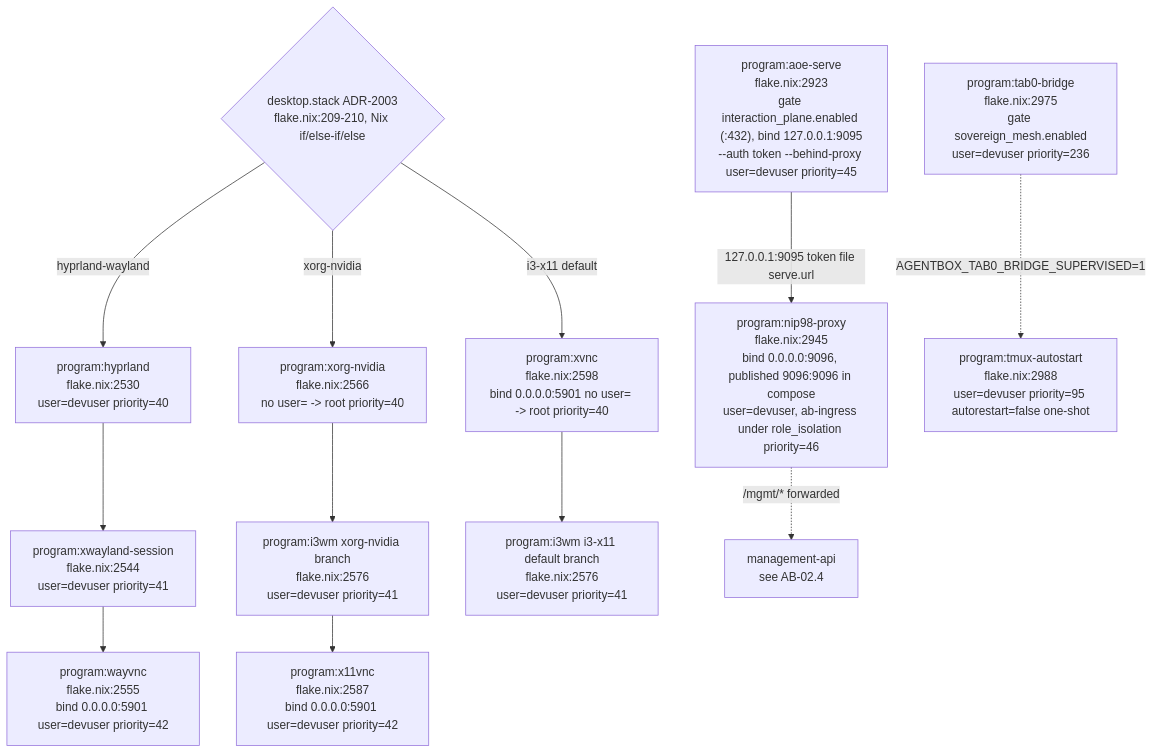
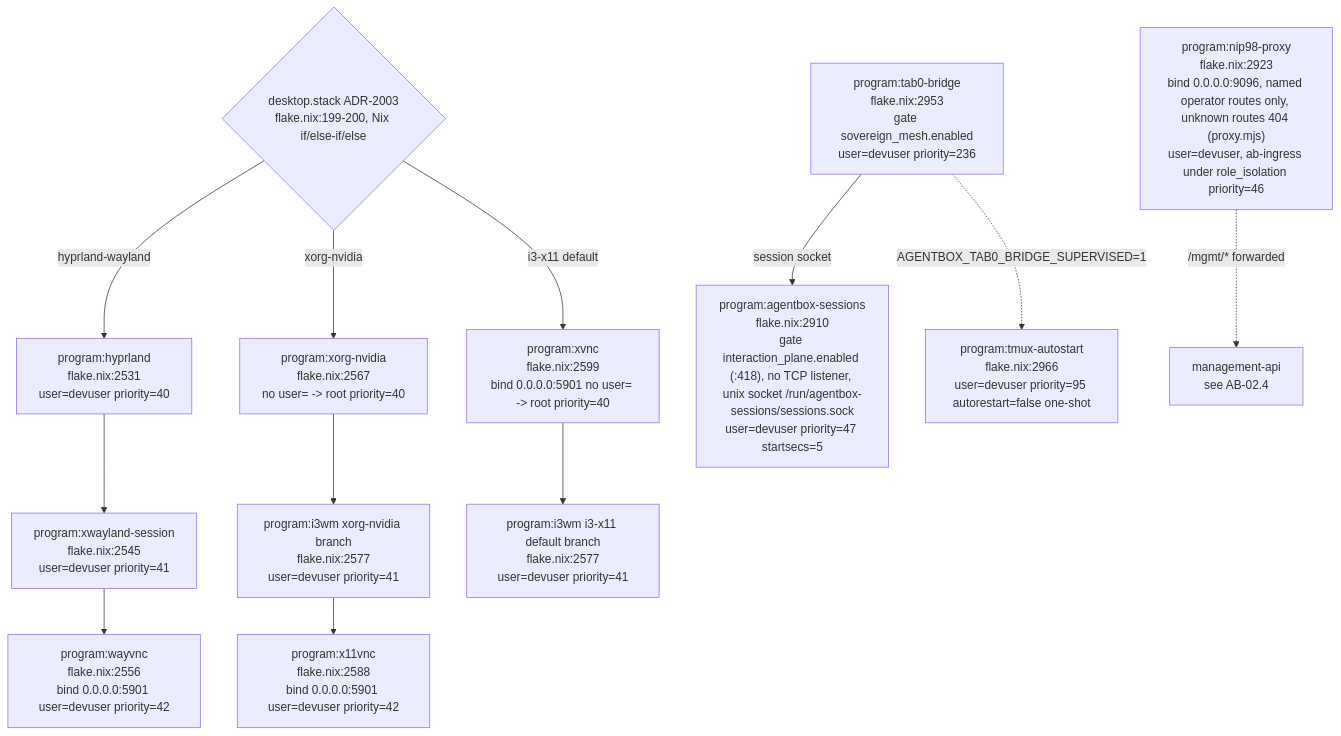
One commit to DreamLab-AI/VisionFlow changed the sixth of 21 diagrams in docs/diagrams/agentbox/02-boot-sequence-and-readiness.md. Above: the diagram before and after it, drawn with Mermaid. The commit also changed other lines of this file and 145 other files, not shown here.

````diff
--- a/docs/diagrams/agentbox/02-boot-sequence-and-readiness.md
+++ b/docs/diagrams/agentbox/02-boot-sequence-and-readiness.md
@@ -322,23 +336,23 @@
 ```mermaid
 flowchart TB
-    GATESTACK{"desktop.stack ADR-2003<br/>flake.nix:209-210, Nix if/else-if/else"}
-    HYPR["program:hyprland<br/>flake.nix:2530<br/>user=devuser priority=40"]
-    XWAY["program:xwayland-session<br/>flake.nix:2544<br/>user=devuser priority=41"]
-    WAYVNC["program:wayvnc<br/>flake.nix:2555<br/>bind 0.0.0.0:5901 user=devuser priority=42"]
-    XORG["program:xorg-nvidia<br/>flake.nix:2566<br/>no user= -&gt; root priority=40"]
-    I3A["program:i3wm xorg-nvidia branch<br/>flake.nix:2576<br/>user=devuser priority=41"]
-    X11VNC["program:x11vnc<br/>flake.nix:2587<br/>bind 0.0.0.0:5901 user=devuser priority=42"]
-    XVNC["program:xvnc<br/>flake.nix:2598<br/>bind 0.0.0.0:5901 no user= -&gt; root priority=40"]
-    I3B["program:i3wm i3-x11 default branch<br/>flake.nix:2576<br/>user=devuser priority=41"]
-    AOE["program:aoe-serve<br/>flake.nix:2923<br/>gate interaction_plane.enabled (:432), bind 127.0.0.1:9095<br/>--auth token --behind-proxy user=devuser priority=45"]
-    NIP98["program:nip98-proxy<br/>flake.nix:2945<br/>bind 0.0.0.0:9096, published 9096:9096 in compose<br/>user=devuser, ab-ingress under role_isolation priority=46"]
-    TAB0["program:tab0-bridge<br/>flake.nix:2975<br/>gate sovereign_mesh.enabled<br/>user=devuser priority=236"]
-    TMUX["program:tmux-autostart<br/>flake.nix:2988<br/>user=devuser priority=95 autorestart=false one-shot"]
+    GATESTACK{"desktop.stack ADR-2003<br/>flake.nix:199-200, Nix if/else-if/else"}
+    HYPR["program:hyprland<br/>flake.nix:2531<br/>user=devuser priority=40"]
+    XWAY["program:xwayland-session<br/>flake.nix:2545<br/>user=devuser priority=41"]
+    WAYVNC["program:wayvnc<br/>flake.nix:2556<br/>bind 0.0.0.0:5901 user=devuser priority=42"]
+    XORG["program:xorg-nvidia<br/>flake.nix:2567<br/>no user= -&gt; root priority=40"]
+    I3A["program:i3wm xorg-nvidia branch<br/>flake.nix:2577<br/>user=devuser priority=41"]
+    X11VNC["program:x11vnc<br/>flake.nix:2588<br/>bind 0.0.0.0:5901 user=devuser priority=42"]
+    XVNC["program:xvnc<br/>flake.nix:2599<br/>bind 0.0.0.0:5901 no user= -&gt; root priority=40"]
+    I3B["program:i3wm i3-x11 default branch<br/>flake.nix:2577<br/>user=devuser priority=41"]
+    SESS["program:agentbox-sessions<br/>flake.nix:2910<br/>gate interaction_plane.enabled (:418), no TCP listener, unix socket /run/agentbox-sessions/sessions.sock<br/>user=devuser priority=47 startsecs=5"]
+    NIP98["program:nip98-proxy<br/>flake.nix:2923<br/>bind 0.0.0.0:9096, named operator routes only, unknown routes 404 (proxy.mjs)<br/>user=devuser, ab-ingress under role_isolation priority=46"]
+    TAB0["program:tab0-bridge<br/>flake.nix:2953<br/>gate sovereign_mesh.enabled<br/>user=devuser priority=236"]
+    TMUX["program:tmux-autostart<br/>flake.nix:2966<br/>user=devuser priority=95 autorestart=false one-shot"]
 
     GATESTACK -->|"hyprland-wayland"| HYPR --> XWAY --> WAYVNC
     GATESTACK -->|"xorg-nvidia"| XORG --> I3A --> X11VNC
     GATESTACK -->|"i3-x11 default"| XVNC --> I3B
-    AOE -->|"127.0.0.1:9095 token file serve.url"| NIP98
+    TAB0 -->|"session socket"| SESS
     NIP98 -.->|"/mgmt/* forwarded"| MGMTREF["management-api<br/>see AB-02.4"]
     TAB0 -.->|"AGENTBOX_TAB0_BRIDGE_SUPERVISED=1"| TMUX
 ```
````
